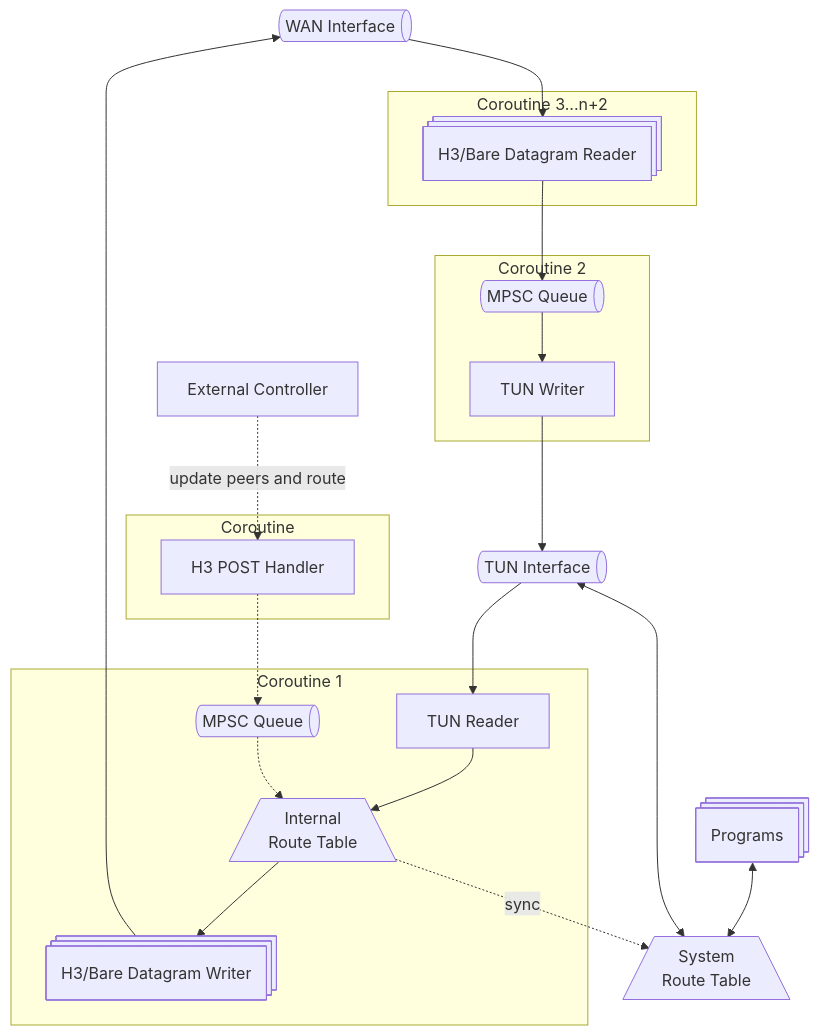
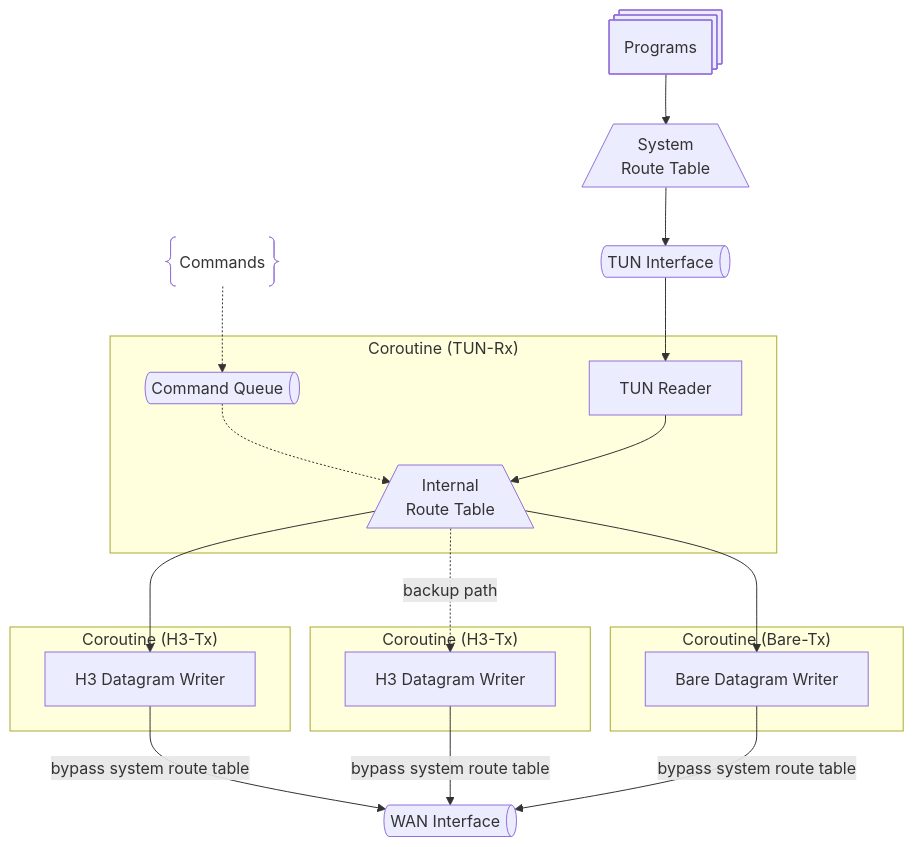
Before and after one commit to sands-lab/h3llo: the second of 3 diagrams in docs/internals.md, drawn with Mermaid. The commit also changed other lines of this file, not shown here.

First line of the commit message:
docs: refactor thread model diagrams into separate datapath views

````diff
--- a/docs/internals.md
+++ b/docs/internals.md
@@ -24,35 +59,31 @@
 ```mermaid
 flowchart TB
+    wan[WAN Interface]@{shape: h-cyl}
+    tun[TUN Interface]@{shape: h-cyl}
+    prog[Programs]@{shape: processes}
+    rsys[/System<br>Route Table\]
+    cmd["Commands"]@{shape: braces}
 
-        wan1[WAN Interface]@{shape: h-cyl}
-        tun1[TUN Interface]@{shape: h-cyl}
-        prog1[Programs]@{shape: processes}
-        r2[/System<br>Route Table\]    
+    subgraph cr-tun["Coroutine (TUN-Rx)"]
+        tr[TUN Reader]
+        tq[Command Queue]@{shape: h-cyl}
+        rint[/Internal<br>Route Table\]
+    end
 
-        subgraph cr1["Coroutine 1"]
-            tr1[TUN Reader]
-            q2[MPSC Queue]@{shape: h-cyl}
-            r1[/Internal<br>Route Table\]
-            hw1[H3/Bare Datagram Writer]@{shape: st-rect}
-        end
+    subgraph cr-h3-1["Coroutine (H3-Tx)"]
+        hw1[H3 Datagram Writer]
+    end
 
-        subgraph cr4["Coroutine 3...n+2"]
-            hr1[H3/Bare Datagram Reader]@{shape: st-rect}
-        end
+    subgraph cr-h3-2["Coroutine (H3-Tx)"]
+        hw2[H3 Datagram Writer]
+    end
 
-        subgraph cr2["Coroutine 2"]
-            q1[MPSC Queue]@{shape: h-cyl}
-            tw1[TUN Writer]
-        end
+    subgraph cr-bare["Coroutine (Bare-Tx)"]
+        bw[Bare Datagram Writer]
+    end
 
-        ctrl1["External Controller"]
-
-        subgraph crc["Coroutine"]
-            hh1[H3 POST Handler]
-        end
-
-    prog1 <--> r2 <--> tun1
-    tun1 --> tr1 --> r1 --> hw1 --> wan1 --> hr1 --> q1 --> tw1 --> tun1
-    
-    ctrl1 -. update peers and route -.-> hh1 -.-> q2 -.-> r1 -. sync -.-> r2
+    cmd -.-> tq -.-> rint
+    prog --> rsys --> tun --> tr --> rint --> bw & hw1
+    rint -. backup path -.-> hw2
+    hw1 & hw2 & bw -- bypass system route table --> wan
 ```
````
